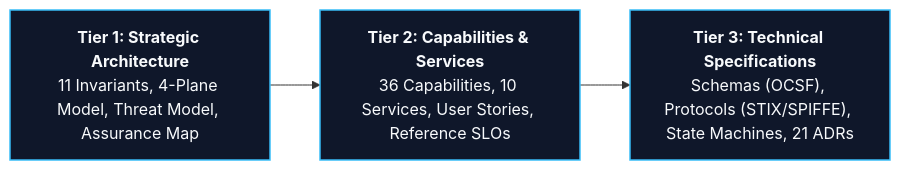
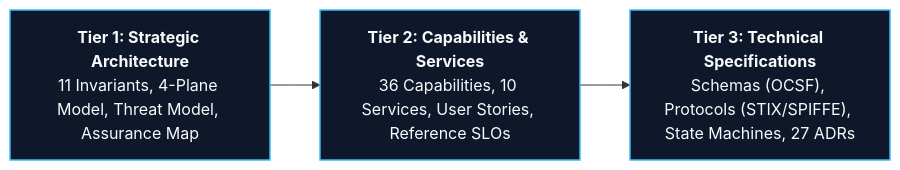
One commit to crazydave85/TIDIR changed the second of 2 diagrams in docs/index.md. Above: the diagram before and after it, drawn with Mermaid. The commit also changed other lines of this file and 7 other files, not shown here.

````diff
--- a/docs/index.md
+++ b/docs/index.md
@@ -158,8 +215,8 @@
 ```mermaid
 flowchart LR
     T1["<b>Tier 1: Strategic Architecture</b><br>11 Invariants, 4-Plane Model, Threat Model, Assurance Map"] --> T2["<b>Tier 2: Capabilities & Services</b><br>36 Capabilities, 10 Services, User Stories, Reference SLOs"]
-    T2 --> T3["<b>Tier 3: Technical Specifications</b><br>Schemas (OCSF), Protocols (STIX/SPIFFE), State Machines, 21 ADRs"]
+    T2 --> T3["<b>Tier 3: Technical Specifications</b><br>Schemas (OCSF), Protocols (STIX/SPIFFE), State Machines, 27 ADRs"]
 
     classDef tierStyle fill:#0f172a,stroke:#38bdf8,stroke-width:1.5px,color:#f8fafc;
     class T1,T2,T3 tierStyle;
 ```
````
